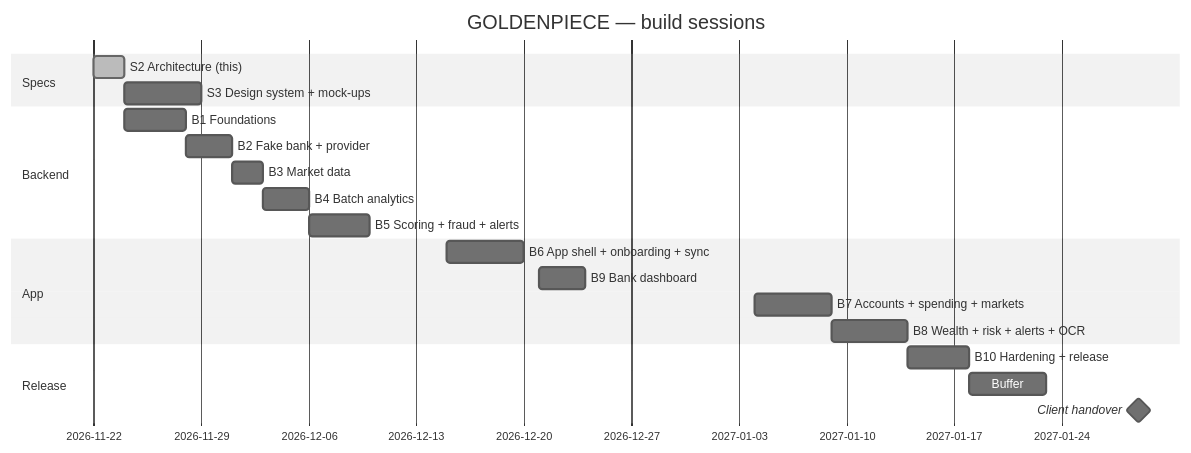
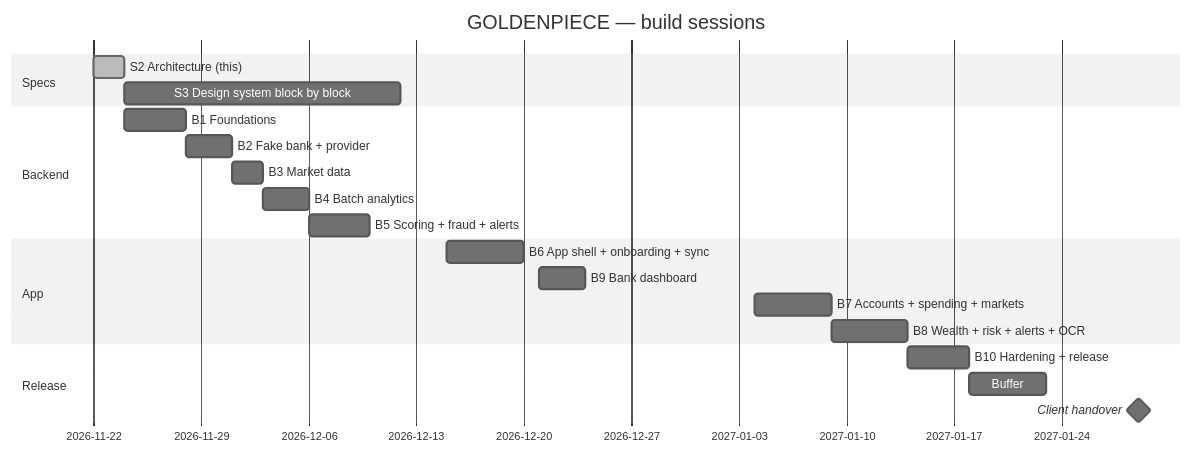
The diagram in docs/BUILD_PLAN.md (Johnfrancis6/GOLDENPIECE), drawn with Mermaid (neutral theme) before and after one commit. The commit also changed other lines of this file and 2 other files, not shown here.

First line of the commit message:
Rewrite design brief: Franco's goal, inventory first, block-by-block validation, output in design/

````diff
--- a/docs/BUILD_PLAN.md
+++ b/docs/BUILD_PLAN.md
@@ -21,23 +21,23 @@
 ```mermaid
 gantt
   dateFormat YYYY-MM-DD
   title GOLDENPIECE — build sessions
   section Specs
   S2 Architecture (this)        :done, s2, 2026-11-22, 2d
-  S3 Design system + mock-ups   :s3, 2026-11-24, 5d
+  S3 Design system block by block :s3, 2026-11-24, 18d
   section Backend
   B1 Foundations                :b1, 2026-11-24, 4d
   B2 Fake bank + provider       :b2, after b1, 3d
   B3 Market data                :b3, after b2, 2d
   B4 Batch analytics            :b4, after b3, 3d
   B5 Scoring + fraud + alerts   :b5, after b4, 4d
   section App
   B6 App shell + onboarding + sync :b6, 2026-12-15, 5d
   B9 Bank dashboard             :b9, 2026-12-21, 3d
   B7 Accounts + spending + markets :b7, 2027-01-04, 5d
   B8 Wealth + risk + alerts + OCR :b8, after b7, 5d
   section Release
   B10 Hardening + release       :b10, after b8, 4d
   Buffer                        :buf, after b10, 5d
   Client handover               :milestone, m1, 2027-01-29, 0d
 ```
````
